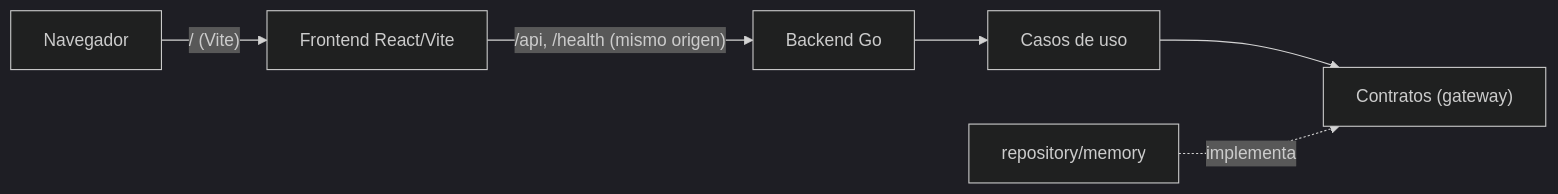
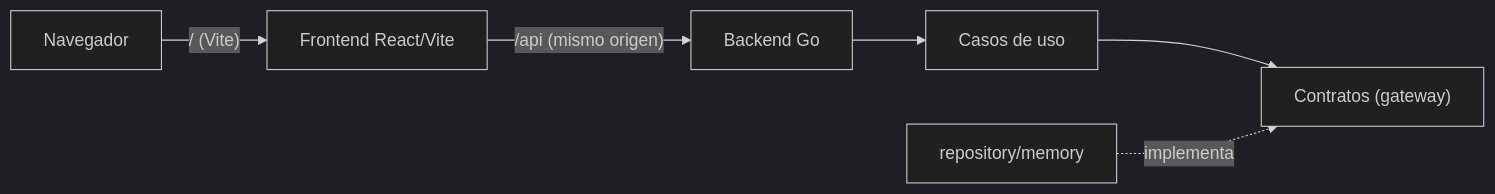
The first of 2 diagrams in docs/architecture.md (juanmantovani/Market), drawn with Mermaid (dark theme) before and after one commit. The commit also changed other lines of this file and 9 other files, not shown here.

````diff
--- a/docs/architecture.md
+++ b/docs/architecture.md
@@ -12,8 +12,8 @@
 ```mermaid
 flowchart LR
     browser["Navegador"] -->|"/ (Vite)"| frontend["Frontend React/Vite"]
-    frontend -->|"/api, /health (mismo origen)"| backend["Backend Go"]
+    frontend -->|"/api (mismo origen)"| backend["Backend Go"]
     backend --> usecases["Casos de uso"]
     usecases --> gateway["Contratos (gateway)"]
     memory["repository/memory"] -.implementa.-> gateway
 ```
````
